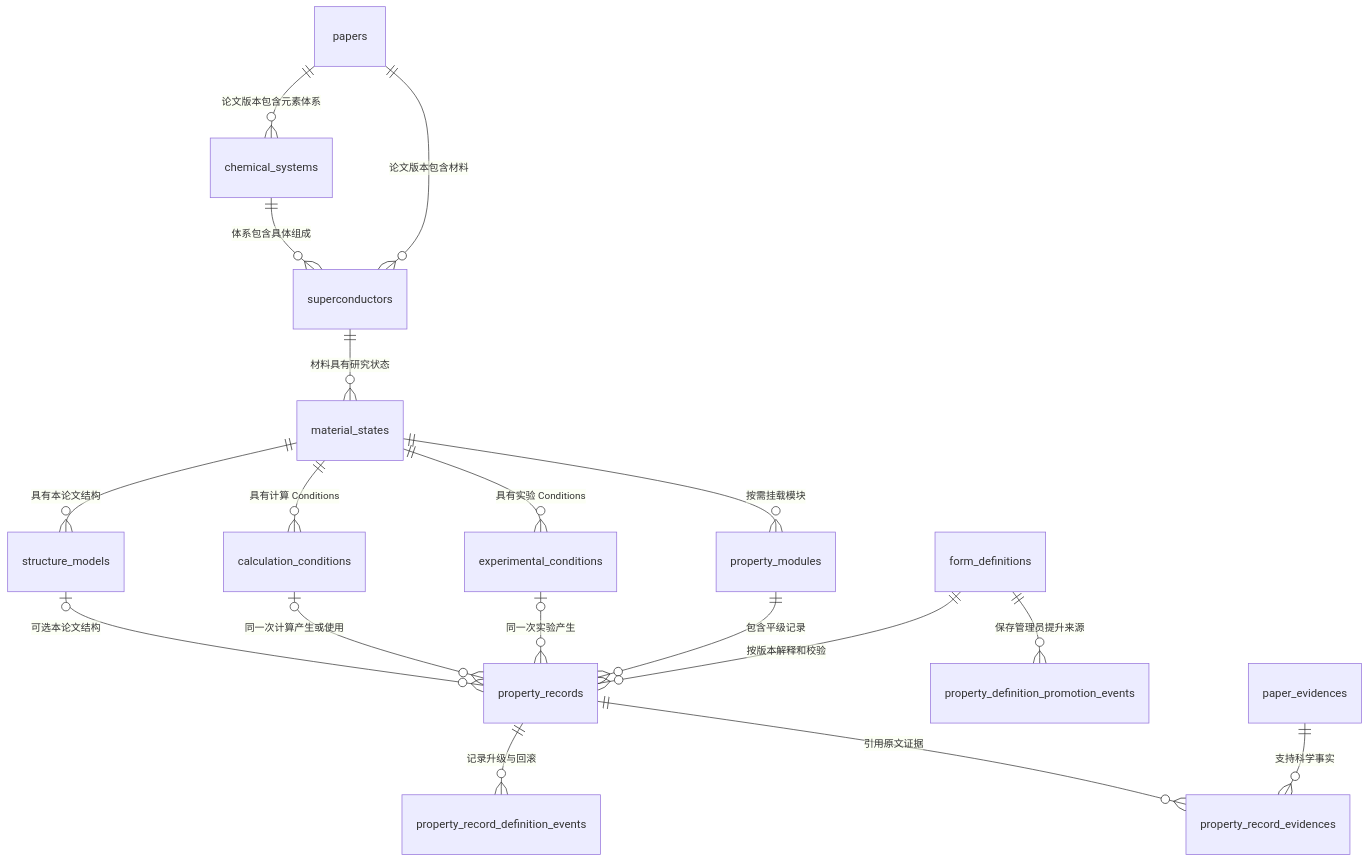
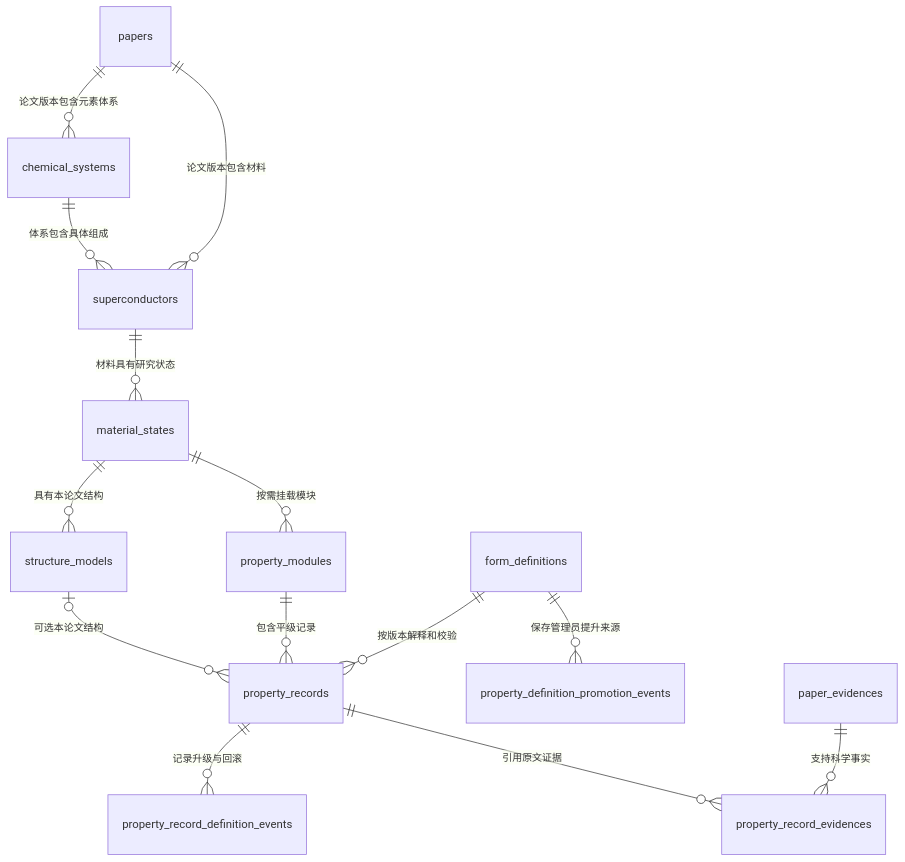
Before and after one commit to JLU-ICCMS-MaYuan/Conventional-SC-Dataset: the diagram in docs/specs/90-unified-superconductor-properties/table-relationships.md, drawn with Mermaid. The commit also changed other lines of this file and 11 other files, not shown here.

````diff
--- a/docs/specs/90-unified-superconductor-properties/table-relationships.md
+++ b/docs/specs/90-unified-superconductor-properties/table-relationships.md
@@ -5,23 +5,19 @@
 ```mermaid
 erDiagram
     papers ||--o{ chemical_systems : "论文版本包含元素体系"
     papers ||--o{ superconductors : "论文版本包含材料"
     chemical_systems ||--o{ superconductors : "体系包含具体组成"
     superconductors ||--o{ material_states : "材料具有研究状态"
 
     material_states ||--o{ structure_models : "具有本论文结构"
-    material_states ||--o{ calculation_conditions : "具有计算 Conditions"
-    material_states ||--o{ experimental_conditions : "具有实验 Conditions"
     material_states ||--o{ property_modules : "按需挂载模块"
 
     property_modules ||--o{ property_records : "包含平级记录"
     form_definitions ||--o{ property_records : "按版本解释和校验"
     form_definitions ||--o{ property_definition_promotion_events : "保存管理员提升来源"
     property_records ||--o{ property_record_definition_events : "记录升级与回滚"
-    calculation_conditions |o--o{ property_records : "同一次计算产生或使用"
-    experimental_conditions |o--o{ property_records : "同一次实验产生"
     structure_models |o--o{ property_records : "可选本论文结构"
 
     property_records ||--o{ property_record_evidences : "引用原文证据"
     paper_evidences ||--o{ property_record_evidences : "支持科学事实"
 ```
````
